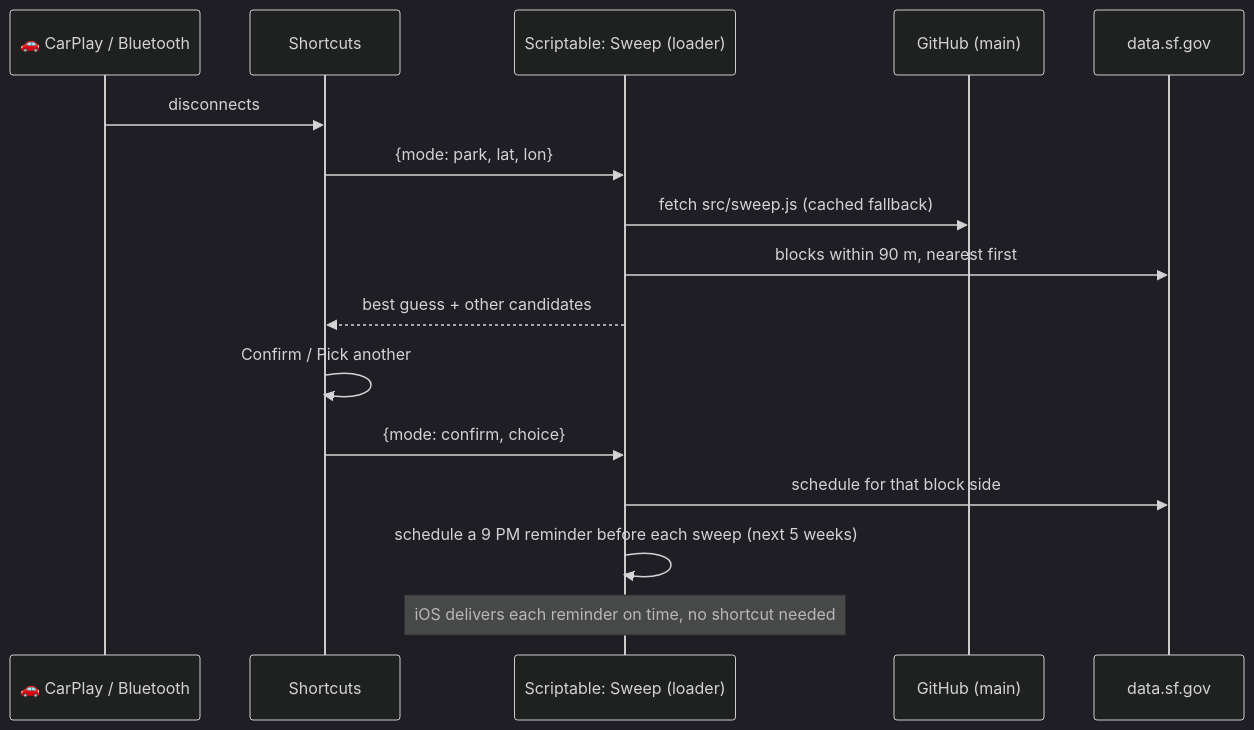
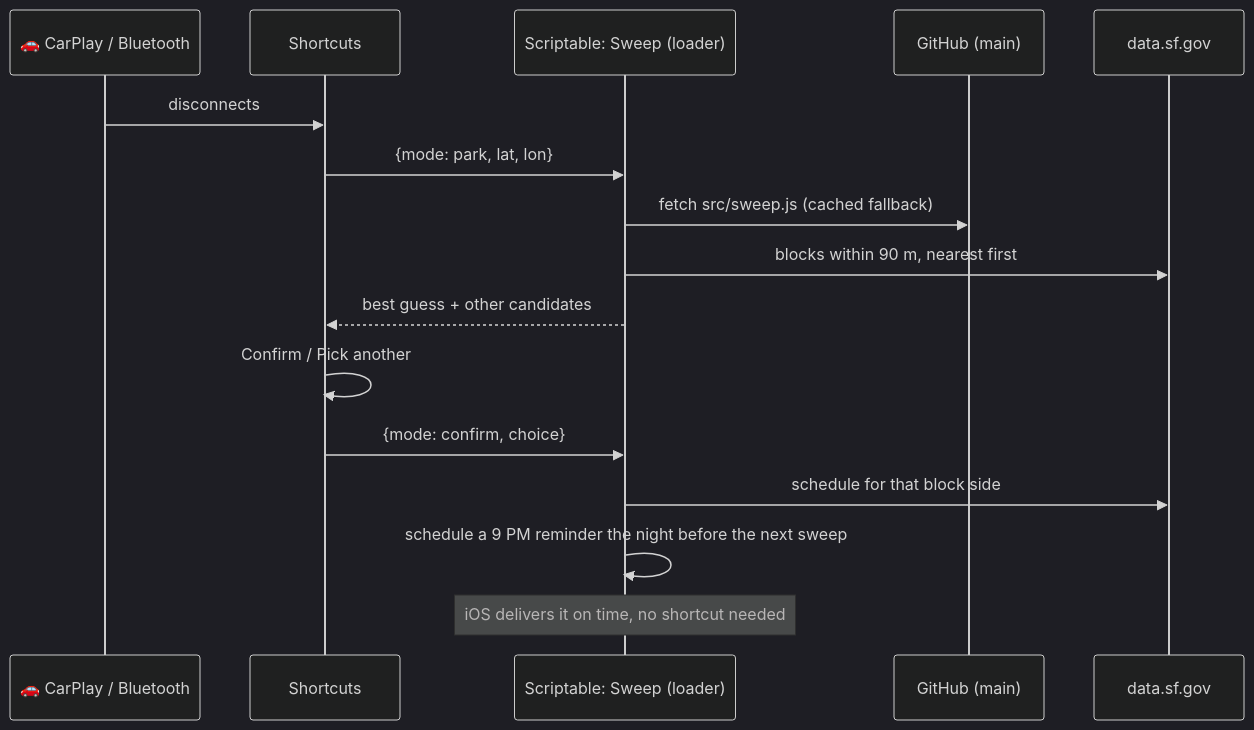
One commit to tclare/sf-street-sweeper changed the diagram in README.md. Above: the diagram before and after it, drawn with Mermaid (dark theme). The commit also changed other lines of this file and 3 other files, not shown here.

First line of the commit message:
Schedule one reminder for the next sweep; show its time in status

````diff
--- a/README.md
+++ b/README.md
@@ -16,19 +16,19 @@
 ```mermaid
 sequenceDiagram
     participant Car as 🚗 CarPlay / Bluetooth
     participant SC as Shortcuts
     participant L as Scriptable: Sweep (loader)
     participant GH as GitHub (main)
     participant SF as data.sf.gov
 
     Car->>SC: disconnects
     SC->>L: {mode: park, lat, lon}
     L->>GH: fetch src/sweep.js (cached fallback)
     L->>SF: blocks within 90 m, nearest first
     L-->>SC: best guess + other candidates
     SC->>SC: Confirm / Pick another
     SC->>L: {mode: confirm, choice}
     L->>SF: schedule for that block side
-    L->>L: schedule a 9 PM reminder before each sweep (next 5 weeks)
-    Note over L: iOS delivers each reminder on time, no shortcut needed
+    L->>L: schedule a 9 PM reminder the night before the next sweep
+    Note over L: iOS delivers it on time, no shortcut needed
 ```
````
